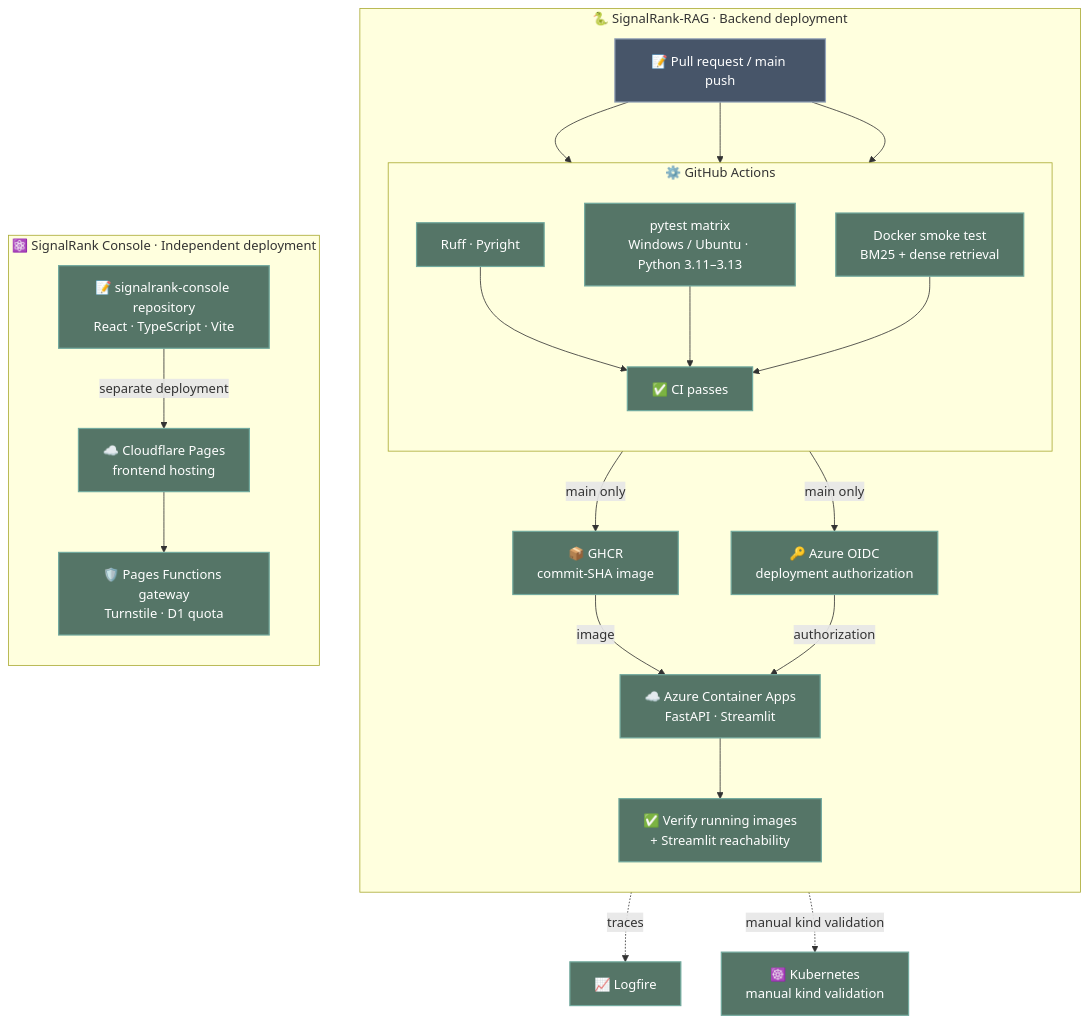
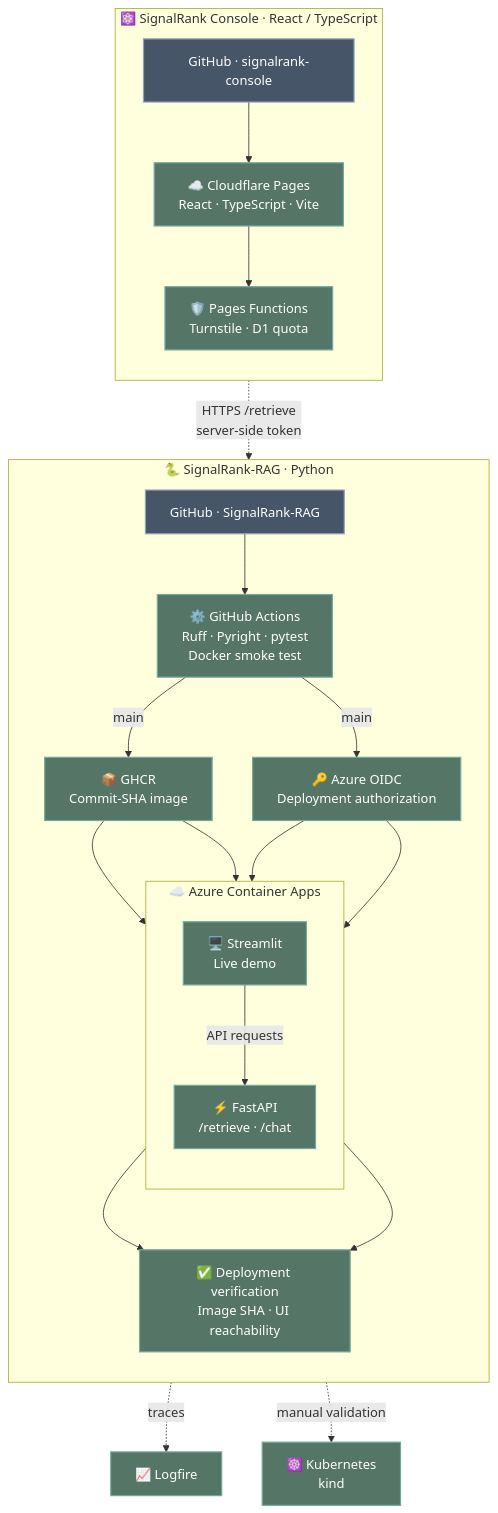
One commit to bksampadi/SignalRank-RAG changed the third of 3 diagrams in README.md. Above: the diagram before and after it, drawn with Mermaid. The commit also changed other lines of this file, not shown here.

Commit message:
Refine deployment architecture and Kubernetes documentation

````diff
--- a/README.md
+++ b/README.md
@@ -153,52 +153,55 @@
 ```mermaid
 flowchart TB
-    subgraph BACKEND["🐍 SignalRank-RAG · Backend deployment"]
+
+    subgraph BACKEND["🐍 SignalRank-RAG · Python"]
         direction TB
-        SRC["📝 Pull request / main push"]
 
-        subgraph CI["⚙️ GitHub Actions"]
+        SRC["GitHub · SignalRank-RAG"]
+        CI["⚙️ GitHub Actions<br/>Ruff · Pyright · pytest<br/>Docker smoke test"]
+        GHCR["📦 GHCR<br/>Commit-SHA image"]
+        OIDC["🔑 Azure OIDC<br/>Deployment authorization"]
+
+        subgraph AZURE["☁️ Azure Container Apps"]
             direction TB
-            QUALITY["Ruff · Pyright"]
-            TEST["pytest matrix<br/>Windows / Ubuntu · Python 3.11–3.13"]
-            SMOKE["Docker smoke test<br/>BM25 + dense retrieval"]
-            PASS["✅ CI passes"]
-            QUALITY --> PASS
-            TEST --> PASS
-            SMOKE --> PASS
+            API["⚡ FastAPI<br/>/retrieve · /chat"]
+            STREAM["🖥️ Streamlit<br/>Live demo"]
         end
 
-        IMAGE["📦 GHCR<br/>commit-SHA image"]
-        OIDC["🔑 Azure OIDC<br/>deployment authorization"]
-        AZURE["☁️ Azure Container Apps<br/>FastAPI · Streamlit"]
-        VERIFY["✅ Verify running images<br/>+ Streamlit reachability"]
+        VERIFY["✅ Deployment verification<br/>Image SHA · UI reachability"]
 
-        SRC --> QUALITY
-        SRC --> TEST
-        SRC --> SMOKE
-        PASS -->|main only| IMAGE
-        PASS -->|main only| OIDC
-        IMAGE -->|image| AZURE
-        OIDC -->|authorization| AZURE
-        AZURE --> VERIFY
+        SRC --> CI
+        CI -->|main| GHCR
+        CI -->|main| OIDC
+
+        GHCR --> API
+        GHCR --> STREAM
+        OIDC --> API
+        OIDC --> STREAM
+
+        STREAM -->|API requests| API
+        API --> VERIFY
+        STREAM --> VERIFY
     end
 
-    subgraph FRONTEND["⚛️ SignalRank Console · Independent deployment"]
+    subgraph FRONTEND["⚛️ SignalRank Console · React / TypeScript"]
         direction TB
-        CONSOLE_SRC["📝 signalrank-console repository<br/>React · TypeScript · Vite"]
-        PAGES["☁️ Cloudflare Pages<br/>frontend hosting"]
-        GATEWAY["🛡️ Pages Functions gateway<br/>Turnstile · D1 quota"]
-        CONSOLE_SRC -->|separate deployment| PAGES
+
+        REPO["GitHub · signalrank-console"]
+        PAGES["☁️ Cloudflare Pages<br/>React · TypeScript · Vite"]
+        GATEWAY["🛡️ Pages Functions<br/>Turnstile · D1 quota"]
+
+        REPO --> PAGES
         PAGES --> GATEWAY
     end
 
-    OBS["📈 Logfire"]
-    K8S["☸️ Kubernetes<br/>manual kind validation"]
+    GATEWAY -.->|HTTPS /retrieve<br/>server-side token| API
 
-    AZURE -. traces .-> OBS
-    SRC -.->|manual kind validation| K8S
+    API -.->|traces| LOG["📈 Logfire"]
+    SRC -.->|manual validation| K8S["☸️ Kubernetes<br/>kind"]
 
     classDef platform fill:#557567,stroke:#72AA9E,stroke-width:1.5px,color:#ffffff
     classDef neutral fill:#475569,stroke:#94A3B8,stroke-width:1.5px,color:#ffffff
-    class QUALITY,TEST,SMOKE,PASS,IMAGE,OIDC,AZURE,VERIFY,OBS,K8S,CONSOLE_SRC,PAGES,GATEWAY platform
-    class SRC neutral
+
+    class CI,GHCR,OIDC,API,STREAM,VERIFY,PAGES,GATEWAY,LOG,K8S platform
+    class SRC,REPO neutral
 ```
````
